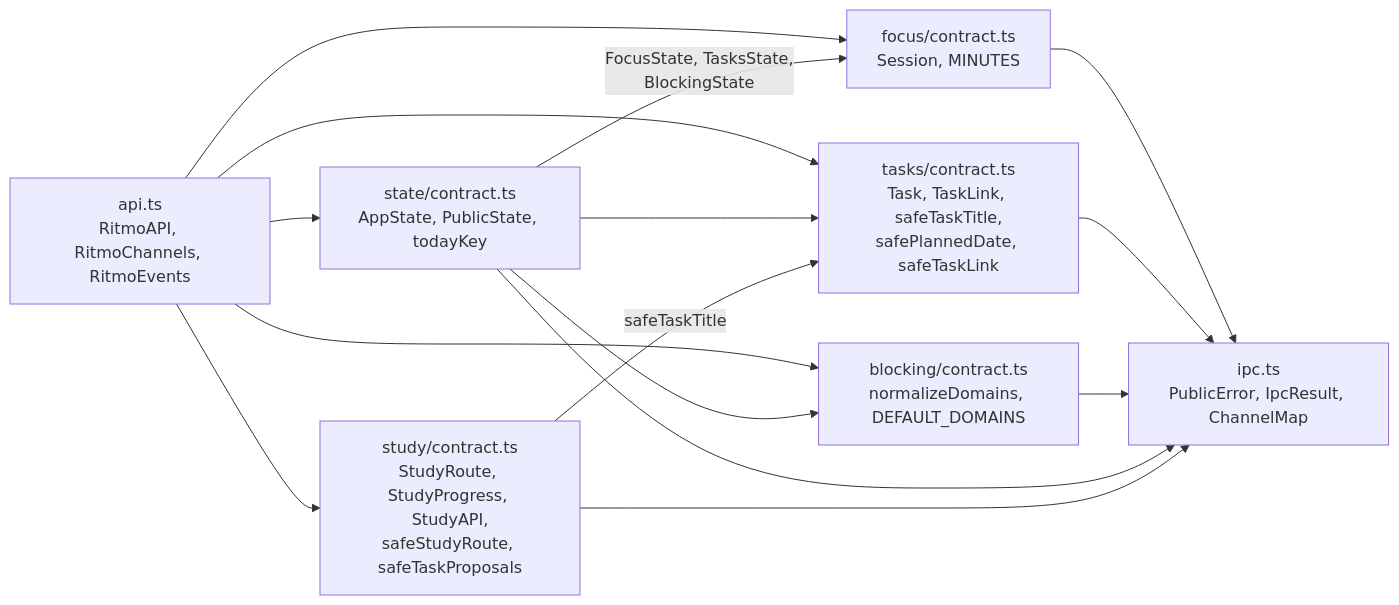
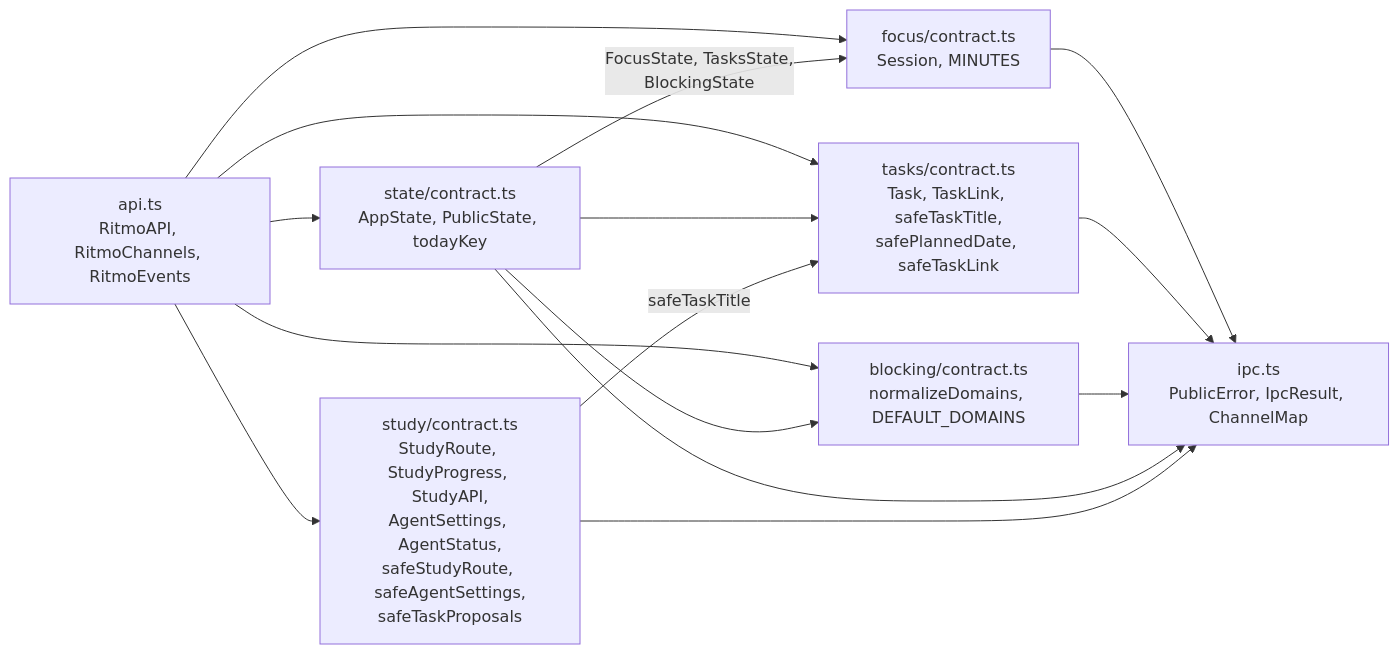
The second of 13 diagrams in docs/arquitectura.md (DevJuan95/ritmo), drawn with Mermaid before and after one commit. The commit also changed other lines of this file and 37 other files, not shown here.

````diff
--- a/docs/arquitectura.md
+++ b/docs/arquitectura.md
@@ -47,25 +47,25 @@
 ```mermaid
 flowchart LR
   api["api.ts<br/>RitmoAPI, RitmoChannels, RitmoEvents"]
   state["state/contract.ts<br/>AppState, PublicState, todayKey"]
   focus["focus/contract.ts<br/>Session, MINUTES"]
   tasks["tasks/contract.ts<br/>Task, TaskLink, safeTaskTitle,<br/>safePlannedDate, safeTaskLink"]
   blocking["blocking/contract.ts<br/>normalizeDomains, DEFAULT_DOMAINS"]
-  study["study/contract.ts<br/>StudyRoute, StudyProgress, StudyAPI,<br/>safeStudyRoute, safeTaskProposals"]
+  study["study/contract.ts<br/>StudyRoute, StudyProgress, StudyAPI,<br/>AgentSettings, AgentStatus,<br/>safeStudyRoute, safeAgentSettings,<br/>safeTaskProposals"]
   ipc["ipc.ts<br/>PublicError, IpcResult, ChannelMap"]
 
   api --> state
   api --> focus
   api --> tasks
   api --> blocking
   api --> study
   state -- "FocusState, TasksState,<br/>BlockingState" --> focus
   state --> tasks
   state --> blocking
   focus --> ipc
   tasks --> ipc
   blocking --> ipc
   state --> ipc
   study -- "safeTaskTitle" --> tasks
   study --> ipc
 ```
````
